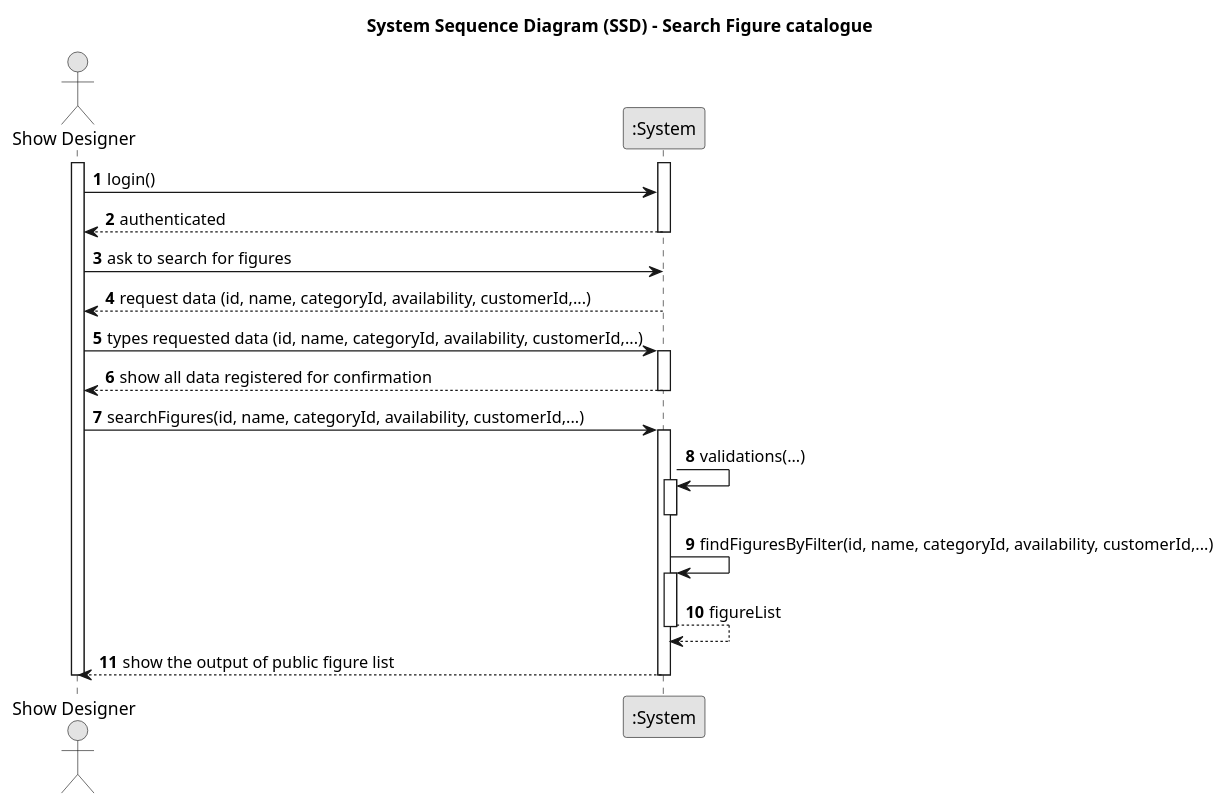
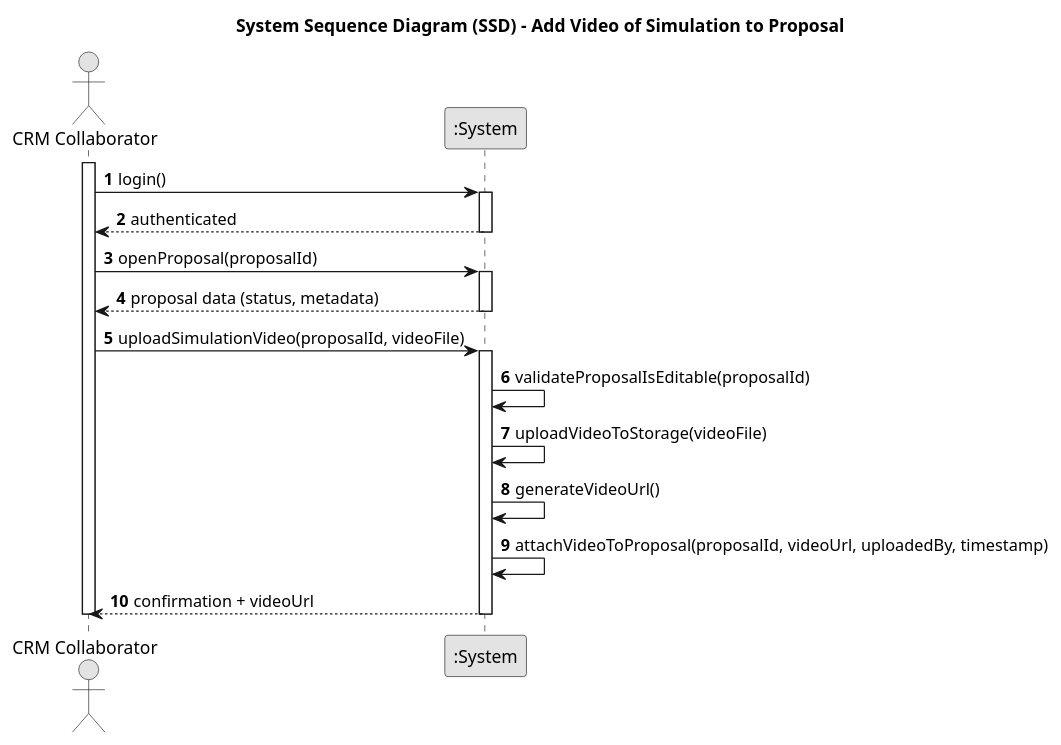
One commit to SAEmanuel/Shodrone_ISEP changed the diagram in docs/planning/sprint3/EAPLI/US315 - Add video of simulation to the proposal/01.requirements-engineering/puml/us232-sequence-diagram.puml. Above: the diagram before and after it, drawn with PlantUML. The commit also changed 2 other files, not shown here.

Commit message:
EAPLI [US315] - Requirement for Add Video of Simulation to the Proposal Related to: #141 #144 #154

```diff
--- a/docs/planning/sprint3/EAPLI/US315 - Add video of simulation to the proposal/01.requirements-engineering/puml/us232-sequence-diagram.puml
+++ b/docs/planning/sprint3/EAPLI/US315 - Add video of simulation to the proposal/01.requirements-engineering/puml/us232-sequence-diagram.puml
@@ -1,52 +1,37 @@
 @startuml
 skinparam monochrome true
 skinparam packageStyle rectangle
 skinparam shadowing false
 
-title System Sequence Diagram (SSD) - Search Figure catalogue
+title System Sequence Diagram (SSD) - Add Video of Simulation to Proposal
 
 autonumber
 
-actor "Show Designer" as SD
+actor "CRM Collaborator" as CRM
 participant ":System" as System
 
-activate SD
+activate CRM
 
-activate System
+    CRM -> System: login()
+    activate System
+    System --> CRM: authenticated
+    deactivate System
 
-    SD -> System: login()
-    System --> SD: authenticated
+    CRM -> System: openProposal(proposalId)
+    activate System
+    System --> CRM: proposal data (status, metadata)
+    deactivate System
 
-    deactivate System
-    SD -> System: ask to search for figures
-
-    System --> SD: request data (id, name, categoryId, availability, customerId,...)
-    deactivate System
-    SD -> System: types requested data (id, name, categoryId, availability, customerId,...)
-
+    CRM -> System: uploadSimulationVideo(proposalId, videoFile)
     activate System
 
-    System --> SD: show all data registered for confirmation
+        System -> System: validateProposalIsEditable(proposalId)
+        System -> System: uploadVideoToStorage(videoFile)
+        System -> System: generateVideoUrl()
+        System -> System: attachVideoToProposal(proposalId, videoUrl, uploadedBy, timestamp)
+
+    System --> CRM: confirmation + videoUrl
     deactivate System
 
-    SD -> System: searchFigures(id, name, categoryId, availability, customerId,...)
-    activate System
-
-        System -> System: validations(...)
-        activate System
-
-        deactivate System
-
-        System -> System: findFiguresByFilter(id, name, categoryId, availability, customerId,...)
-        activate System
-
-
-        System --> System: figureList
-        deactivate System
-
-
-    System --> SD: show the output of public figure list
-    deactivate System
-deactivate SD
-
+deactivate CRM
 @enduml
```
